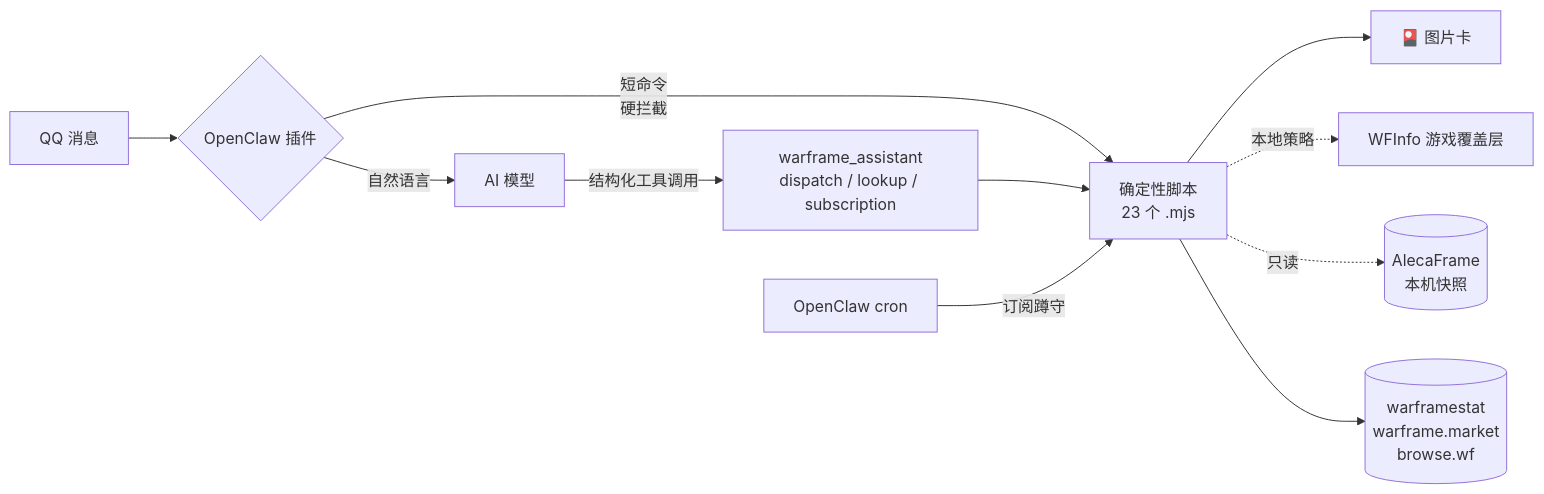
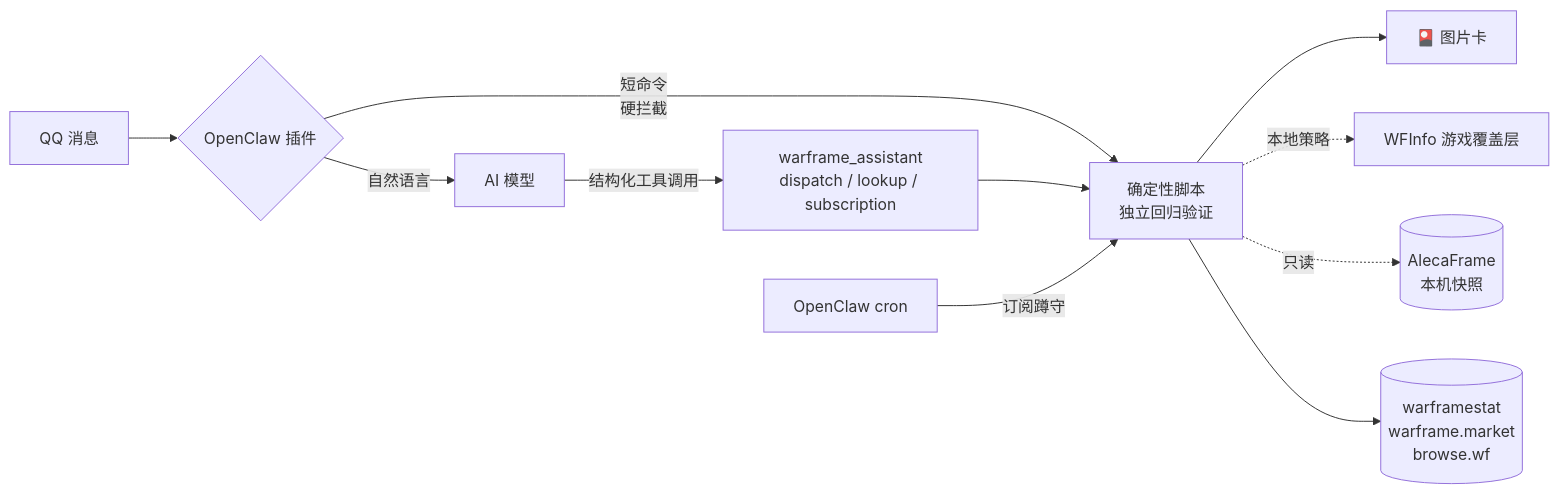
Before and after one commit to FFangx/openclaw-warframe-assistant: the diagram in README.md, drawn with Mermaid. The commit also changed other lines of this file and 12 other files, not shown here.

````diff
--- a/README.md
+++ b/README.md
@@ -64,13 +64,13 @@
 ```mermaid
 flowchart LR
     QQ[QQ 消息] --> P{OpenClaw 插件}
-    P -->|短命令<br/>硬拦截| S[确定性脚本<br/>23 个 .mjs]
+    P -->|短命令<br/>硬拦截| S[确定性脚本<br/>独立回归验证]
     P -->|自然语言| AI[AI 模型]
     AI -->|结构化工具调用| D[warframe_assistant<br/>dispatch / lookup / subscription]
     D --> S
     S --> C[🎴 图片卡]
     S -.本地策略.-> W[WFInfo 游戏覆盖层]
     S -.只读.-> A[(AlecaFrame<br/>本机快照)]
     S --> API[(warframestat<br/>warframe.market<br/>browse.wf)]
     CRON[OpenClaw cron] -->|订阅蹲守| S
 ```
````
